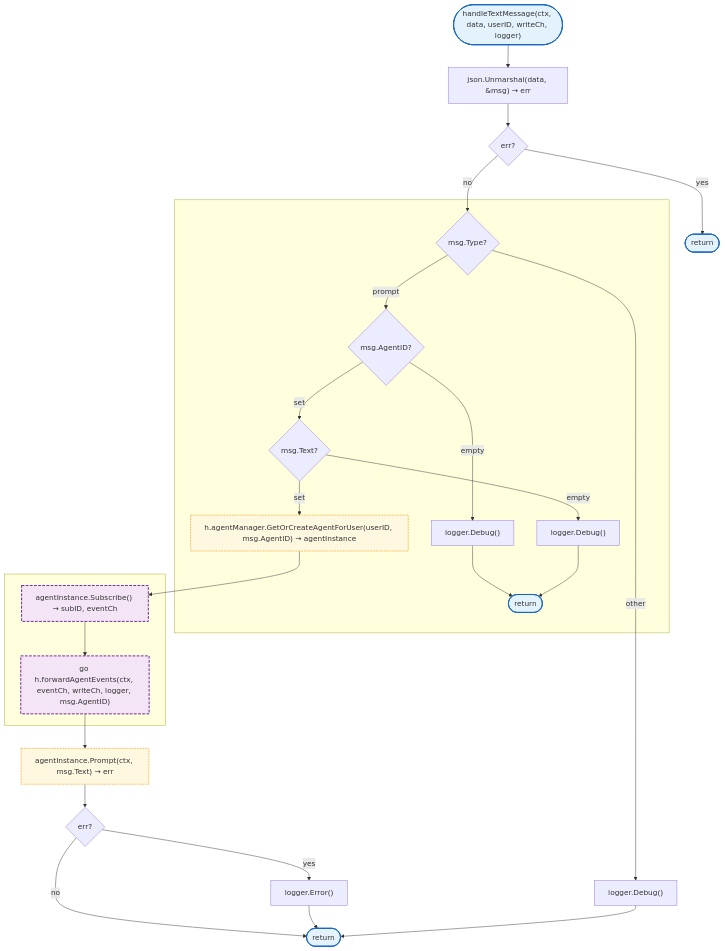
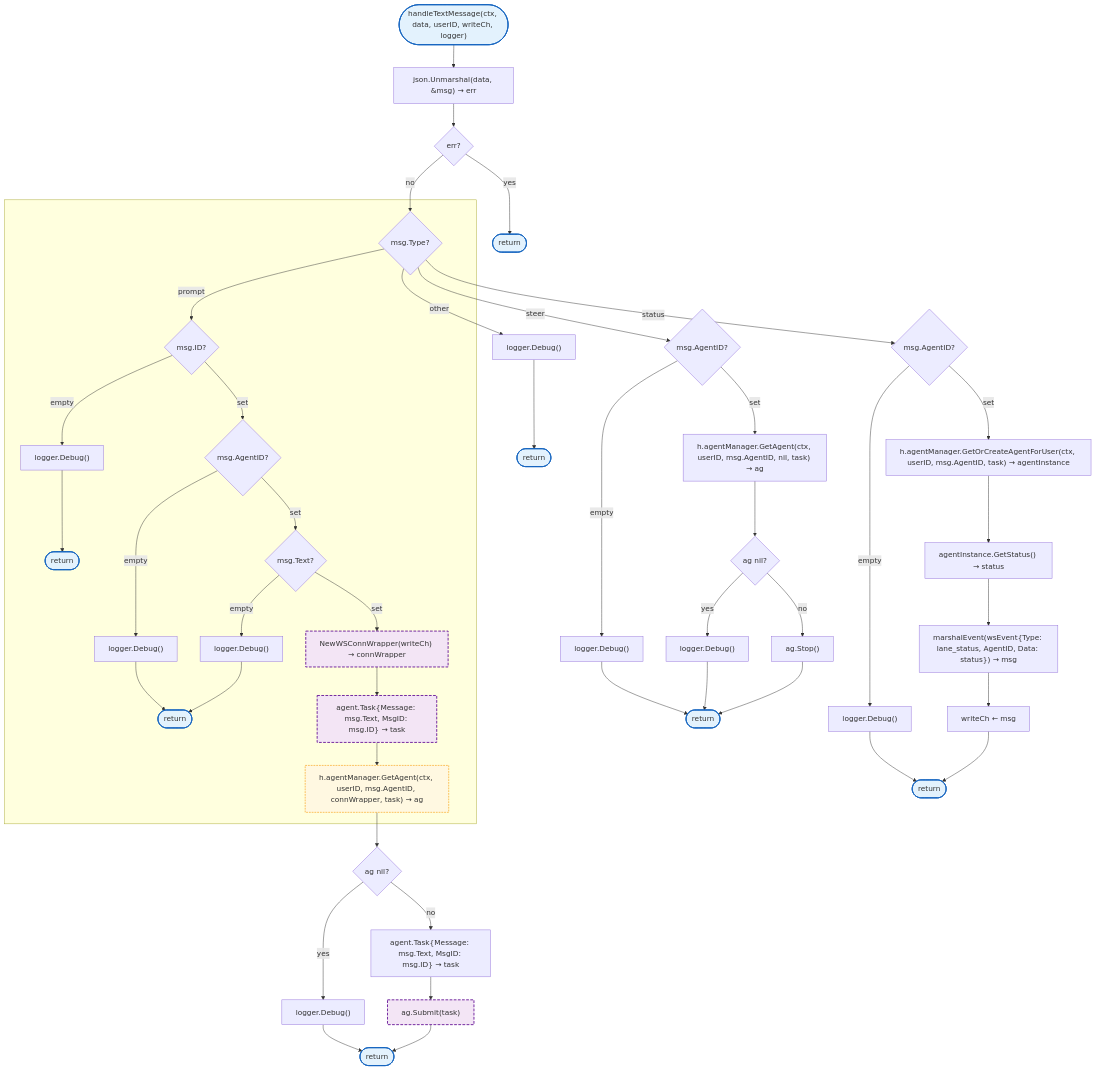
One commit to radch-ai/ava changed the seventh of 12 diagrams in docs/internal/websocket.md. Above: the diagram before and after it, drawn with Mermaid. The commit also changed other lines of this file and 38 other files, not shown here.

````diff
--- a/docs/internal/websocket.md
+++ b/docs/internal/websocket.md
@@ -312,43 +315,63 @@
 ```mermaid
 flowchart TB
     Start(["handleTextMessage(ctx, data, userID, writeCh, logger)"]) --> Unmarshal["json.Unmarshal(data, &msg) → err"]
     Unmarshal --> CheckUnmarshalErr{err?}
     CheckUnmarshalErr -->|yes| Return(["return"])
     CheckUnmarshalErr -->|no| SwitchType{msg.Type?}
 
     subgraph SGPrompt [" "]
-        SwitchType -->|prompt| CheckAgentID{msg.AgentID?}
+        SwitchType -->|prompt| CheckID{msg.ID?}
+        CheckID -->|empty| LogDebug0["logger.Debug()"]
+        LogDebug0 --> Return0(["return"])
+        CheckID -->|set| CheckAgentID{msg.AgentID?}
         CheckAgentID -->|empty| LogDebug1["logger.Debug()"]
         LogDebug1 --> Return1(["return"])
         CheckAgentID -->|set| CheckText{msg.Text?}
         CheckText -->|empty| LogDebug2["logger.Debug()"]
         LogDebug2 --> Return1
-        CheckText -->|set| GetAgent["h.agentManager.GetOrCreateAgentForUser(userID, msg.AgentID) → agentInstance"]
+        CheckText -->|set| CreateWrapper["NewWSConnWrapper(writeCh) → connWrapper"]
+        CreateWrapper --> CreateTask["agent.Task{Message: msg.Text, MsgID: msg.ID} → task"]
+        CreateTask --> GetAgent["h.agentManager.GetAgent(ctx, userID, msg.AgentID, connWrapper, task) → ag"]
     end
 
-    subgraph SGSubscribe [" "]
-        GetAgent --> Subscribe["agentInstance.Subscribe() → subID, eventCh"]
-        Subscribe --> GoForward["go h.forwardAgentEvents(ctx, eventCh, writeCh, logger, msg.AgentID)"]
-    end
+    GetAgent --> CheckAgent{ag nil?}
+    CheckAgent -->|yes| LogDebug3["logger.Debug()"]
+    LogDebug3 --> Return2(["return"])
+    CheckAgent -->|no| CreateTask2["agent.Task{Message: msg.Text, MsgID: msg.ID} → task"]
+    CreateTask2 --> SubmitTask["ag.Submit(task)"]
+    SubmitTask --> Return2
 
-    GoForward --> PromptAgent["agentInstance.Prompt(ctx, msg.Text) → err"]
-    PromptAgent --> CheckPromptErr{err?}
-    CheckPromptErr -->|yes| LogError["logger.Error()"]
-    CheckPromptErr -->|no| Return2(["return"])
-    LogError --> Return2
+    SwitchType -->|steer| CheckSteerID{msg.AgentID?}
+    CheckSteerID -->|empty| LogDebug4["logger.Debug()"]
+    LogDebug4 --> Return3(["return"])
+    CheckSteerID -->|set| GetSteerAgent["h.agentManager.GetAgent(ctx, userID, msg.AgentID, nil, task) → ag"]
+    GetSteerAgent --> CheckSteerAgent{ag nil?}
+    CheckSteerAgent -->|yes| LogDebug5["logger.Debug()"]
+    LogDebug5 --> Return3
+    CheckSteerAgent -->|no| StopAgent["ag.Stop()"]
+    StopAgent --> Return3
 
-    SwitchType -->|other| LogDebug3["logger.Debug()"]
-    LogDebug3 --> Return2
+    SwitchType -->|status| CheckStatusID{msg.AgentID?}
+    CheckStatusID -->|empty| LogDebug6["logger.Debug()"]
+    LogDebug6 --> Return4(["return"])
+    CheckStatusID -->|set| GetStatusAgent["h.agentManager.GetOrCreateAgentForUser(ctx, userID, msg.AgentID, task) → agentInstance"]
+    GetStatusAgent --> GetStatus["agentInstance.GetStatus() → status"]
+    GetStatus --> MarshalStatus["marshalEvent(wsEvent{Type: lane_status, AgentID, Data: status}) → msg"]
+    MarshalStatus --> SendStatus["writeCh ← msg"]
+    SendStatus --> Return4
 
-    click GetAgent href "#GetOrCreateAgentForUser"
-    click PromptAgent href "../agent/README.md#Prompt"
+    SwitchType -->|other| LogDebug7["logger.Debug()"]
+    LogDebug7 --> Return5(["return"])
+
+    click GetAgent href "#GetAgent"
+    click GetOrCreateAgentForUser href "#GetOrCreateAgentForUser"
 
     classDef mainFn fill:#e3f2fd,stroke:#1565c0,stroke-width:2px
     classDef internalFn fill:#f3e5f5,stroke:#6a1b9a,stroke-width:2px,stroke-dasharray:6 3
     classDef localPkgs fill:#fff8e1,stroke:#f9a825,stroke-width:1.5px,stroke-dasharray:4 2
     classDef errorFlow fill:#ffebee,stroke:#c62828,stroke-width:1px
 
-    class Start,Return,Return1,Return2 mainFn
-    class GetAgent,PromptAgent localPkgs
-    class Subscribe,GoForward internalFn
+    class Start,Return,Return0,Return1,Return2,Return3,Return4,Return5 mainFn
+    class GetAgent,GetOrCreateAgentForUser localPkgs
+    class CreateWrapper,CreateTask,SubmitTask internalFn
 ```
````
